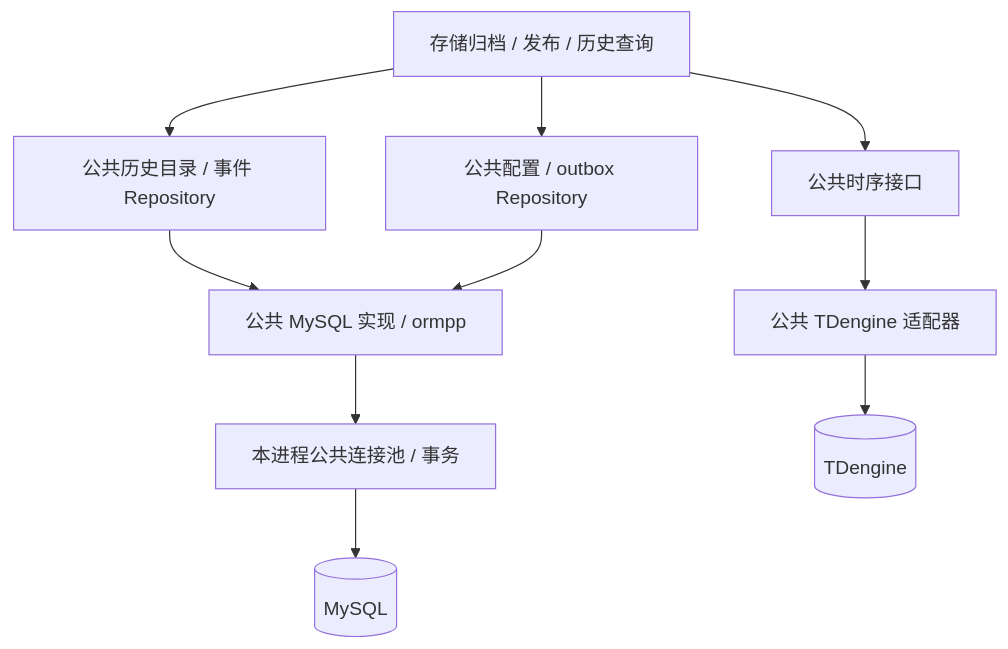
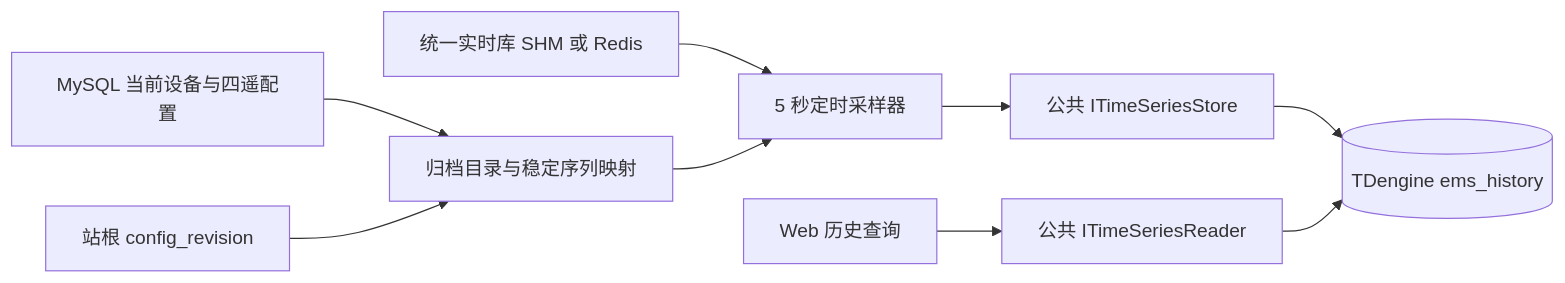
One commit to 600888/ems changed the diagram in website/docs/processes/storage/design.md. Above: the diagram before and after it, drawn with Mermaid. The commit also changed other lines of this file and 118 other files, not shown here.

````diff
--- a/website/docs/processes/storage/design.md
+++ b/website/docs/processes/storage/design.md
@@ -38,12 +7,11 @@
 ```mermaid
-flowchart TD
-    Business[存储归档 / 发布 / 历史查询] --> Catalog[公共历史目录 / 事件 Repository]
-    Business --> Other[公共配置 / outbox Repository]
-    Catalog --> ORM[公共 MySQL 实现 / ormpp]
-    Other --> ORM
-    ORM --> Pool[本进程公共连接池 / 事务]
-    Pool --> DB[(MySQL)]
-    Business --> Series[公共时序接口]
-    Series --> Adapter[公共 TDengine 适配器]
-    Adapter --> TS[(TDengine)]
+flowchart LR
+    Config[MySQL 当前设备与四遥配置] --> Directory[归档目录与稳定序列映射]
+    Revision[站根 config_revision] --> Directory
+    RTDB[统一实时库 SHM 或 Redis] --> Sampler[5 秒定时采样器]
+    Directory --> Sampler
+    Sampler --> Series[公共 ITimeSeriesStore]
+    Series --> TD[(TDengine ems_history)]
+    Web[Web 历史查询] --> Reader[公共 ITimeSeriesReader]
+    Reader --> TD
 ```
````
